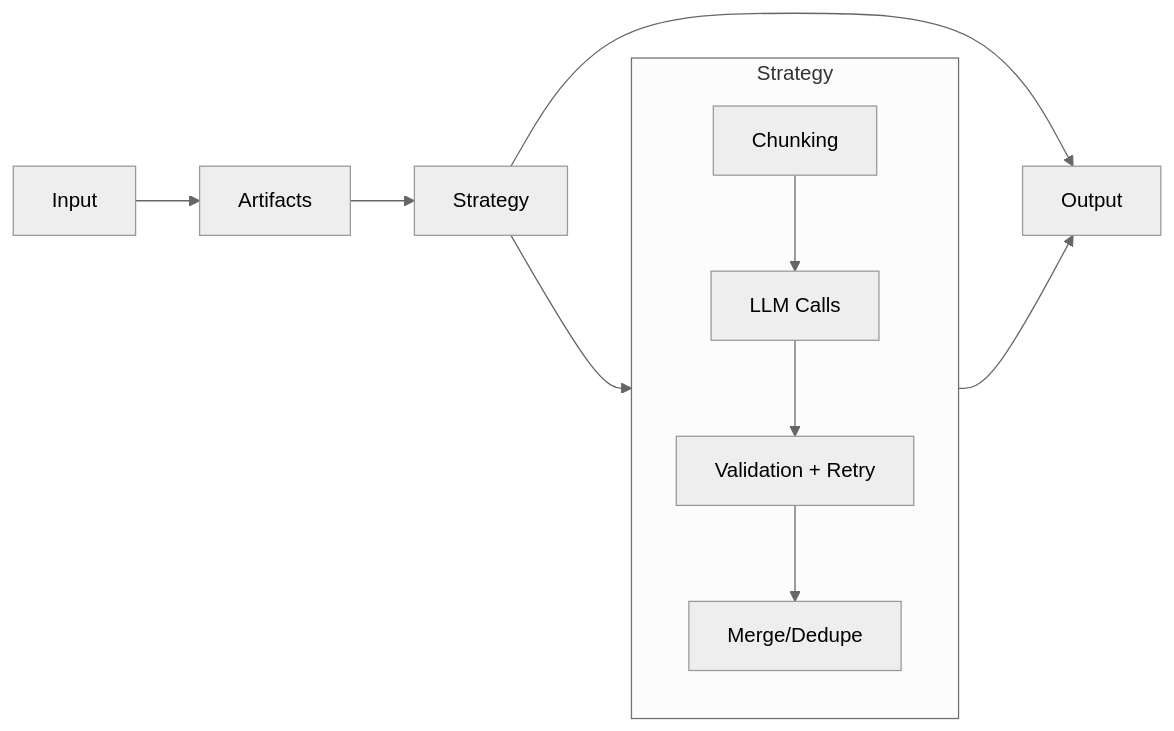
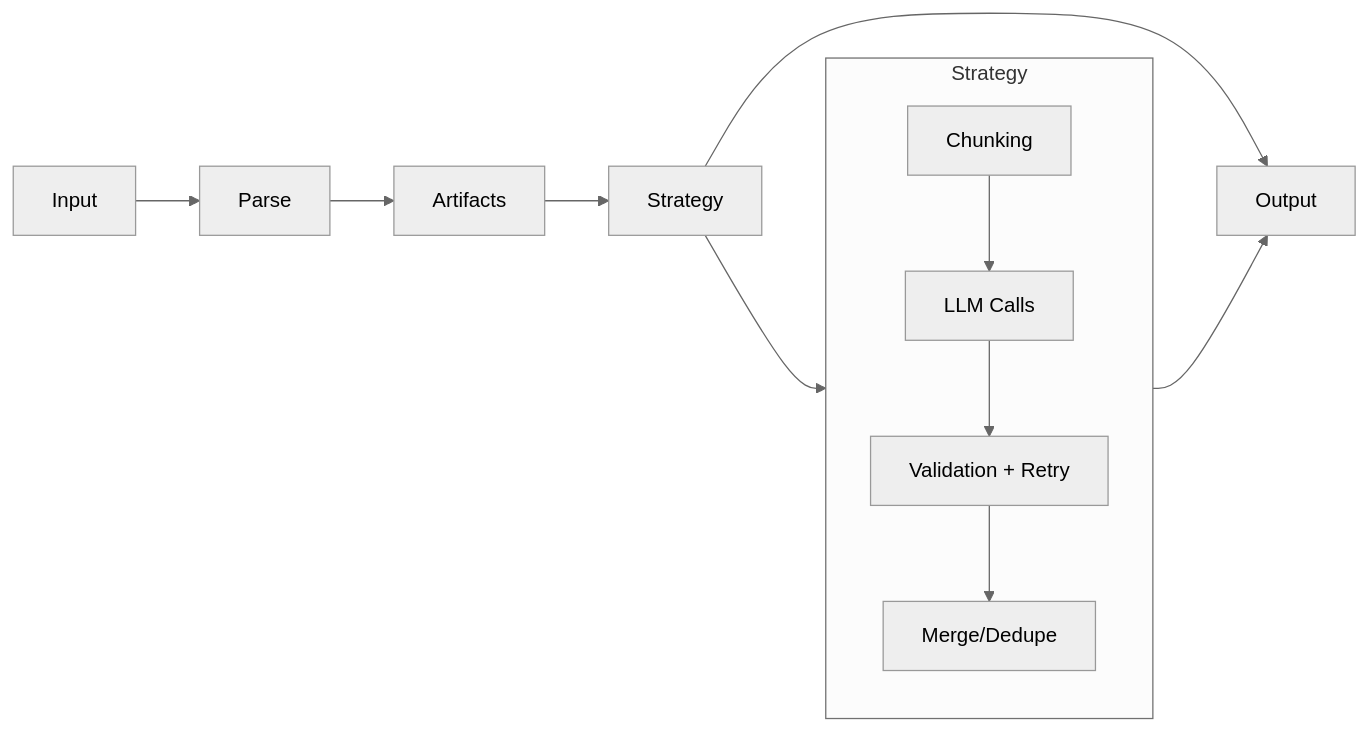
Before and after one commit to mateffy/struktur: the diagram in docs-src/content/docs/explanation/pipeline.mdx, drawn with Mermaid (neutral theme). The commit also changed other lines of this file and 252 other files, not shown here.

````diff
--- a/docs-src/content/docs/explanation/pipeline.mdx
+++ b/docs-src/content/docs/explanation/pipeline.mdx
@@ -6,15 +6,16 @@
 ```mermaid
 flowchart LR
-    A[Input] --> B[Artifacts]
-    B --> C[Strategy]
-    C --> D[Output]
+    A[Input] --> B[Parse]
+    B --> C[Artifacts]
+    C --> D[Strategy]
+    D --> E[Output]
     
     subgraph StrategyInternals [Strategy]
         direction TB
-        C1[Chunking] --> C2[LLM Calls]
-        C2 --> C3[Validation + Retry]
-        C3 --> C4[Merge/Dedupe]
+        D1[Chunking] --> D2[LLM Calls]
+        D2 --> D3[Validation + Retry]
+        D3 --> D4[Merge/Dedupe]
     end
     
-    C --> StrategyInternals --> D
+    D --> StrategyInternals --> E
 ```
````
